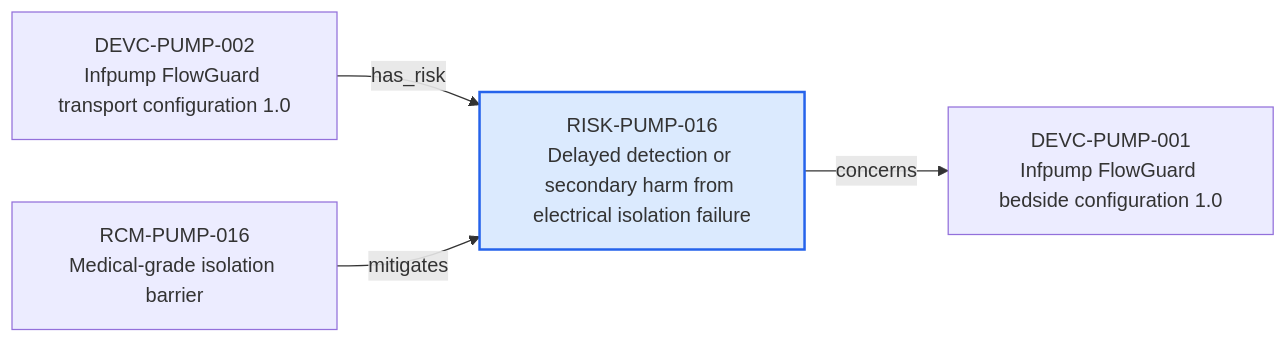
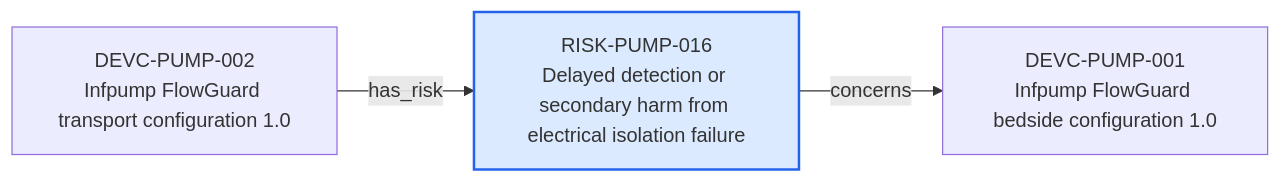
One commit to mvattulainen/mdrontology changed the diagram in content/06-Infpump FlowGuard ontology notes/risk/RISK-PUMP-016-delayed-detection-or-secondary-harm-from-electrical-isolation-failure.md. Above: the diagram before and after it, drawn with Mermaid. The commit also changed other lines of this file and 321 other files, not shown here.

Commit message:
Implement Mermaid ontology audit findings

````diff
--- a/content/06-Infpump FlowGuard ontology notes/risk/RISK-PUMP-016-delayed-detection-or-secondary-harm-from-electrical-isolation-failure.md
+++ b/content/06-Infpump FlowGuard ontology notes/risk/RISK-PUMP-016-delayed-detection-or-secondary-harm-from-electrical-isolation-failure.md
@@ -75,12 +75,10 @@
 ```mermaid
 flowchart LR
   CURRENT["RISK-PUMP-016<br/>Delayed detection or secondary harm from electrical isolation failure"]
   PREV0["DEVC-PUMP-002<br/>Infpump FlowGuard transport configuration 1.0"]
   PREV0 -->|"has_risk"| CURRENT
-  PREV1["RCM-PUMP-016<br/>Medical-grade isolation barrier"]
-  PREV1 -->|"mitigates"| CURRENT
   NEXT0["DEVC-PUMP-001<br/>Infpump FlowGuard bedside configuration 1.0"]
   CURRENT -->|"concerns"| NEXT0
   classDef current fill:#dbeafe,stroke:#2563eb,stroke-width:2px
   class CURRENT current
 ```
````
